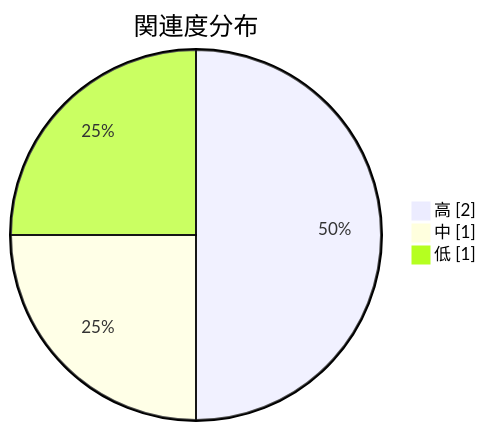
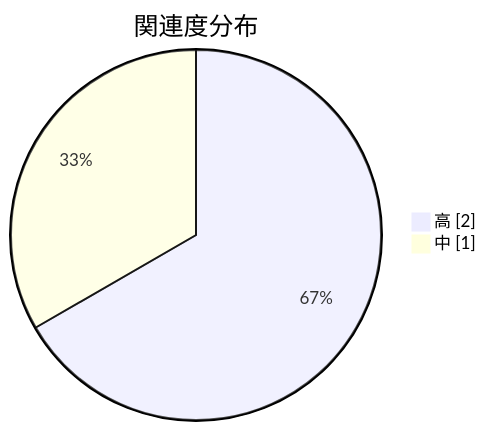
Before and after one commit to biki-cloud/yaml-bridge: the diagram in categories/investigation/related_code_research/human/document.md, drawn with Mermaid. The commit also changed other lines of this file and 79 other files, not shown here.

````diff
--- a/categories/investigation/related_code_research/human/document.md
+++ b/categories/investigation/related_code_research/human/document.md
@@ -29,7 +30,6 @@
 ```mermaid
 pie showData
     title 関連度分布
     "高" : 2
     "中" : 1
-    "低" : 1
 ```
````
